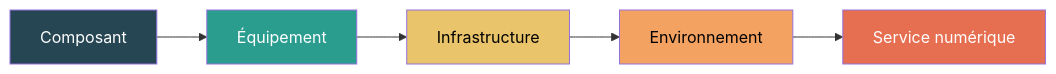
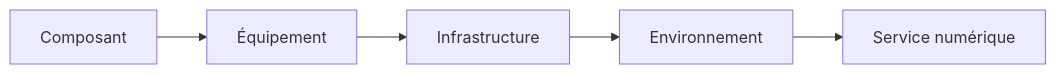
Before and after one commit to digital4better/methodology: the first of 3 diagrams in docs/fondations/perimetre-frontieres-services-tiers-et-unite-d-analyse.md, drawn with Mermaid. The commit also changed other lines of this file and 193 other files, not shown here.

````diff
--- a/docs/fondations/perimetre-frontieres-services-tiers-et-unite-d-analyse.md
+++ b/docs/fondations/perimetre-frontieres-services-tiers-et-unite-d-analyse.md
@@ -11,13 +19,13 @@
 ```mermaid
 flowchart LR
     A[Composant] --> B[Équipement]
     B --> C[Infrastructure]
     C --> D[Environnement]
     D --> E[Service numérique]
 
-    style A fill:#264653,color:#fff
-    style B fill:#2a9d8f,color:#fff
-    style C fill:#e9c46a,color:#000
-    style D fill:#f4a261,color:#000
-    style E fill:#e76f51,color:#fff
+    class A d4b-navy
+    class B d4b-blue
+    class C d4b-sand
+    class D d4b-rose
+    class E d4b-coral
 ```
````
